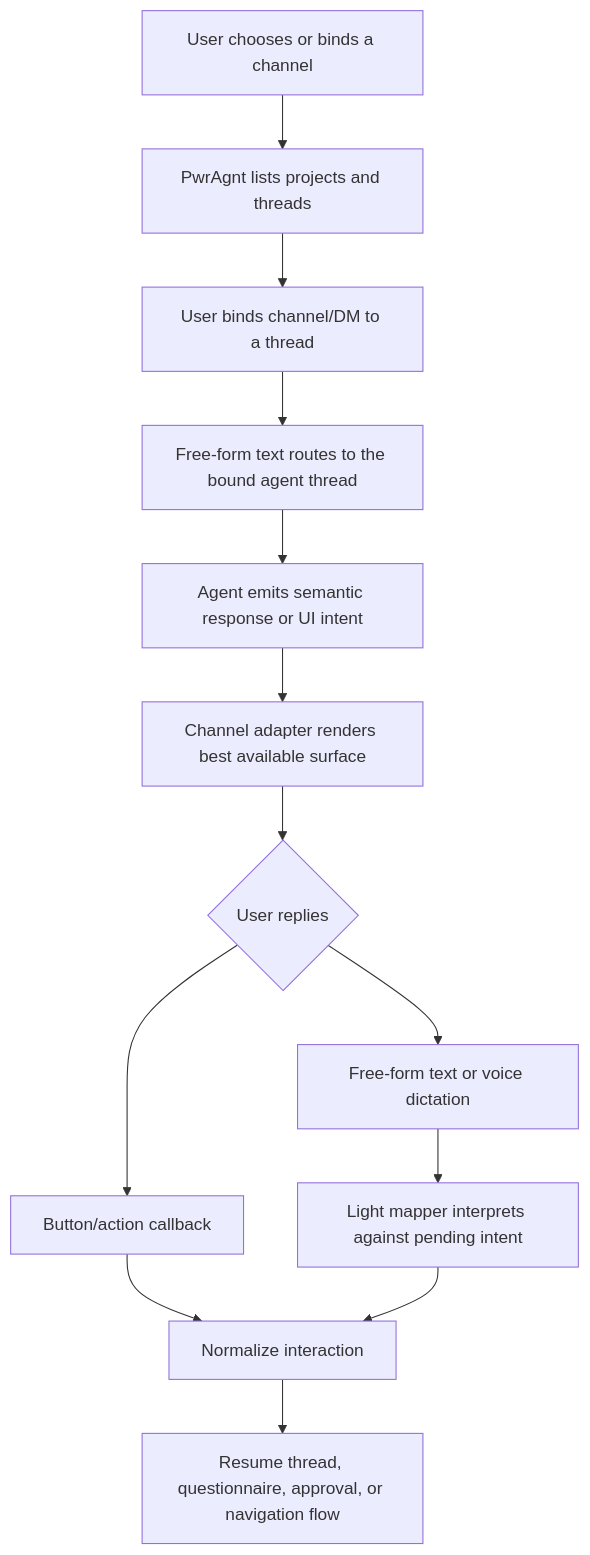
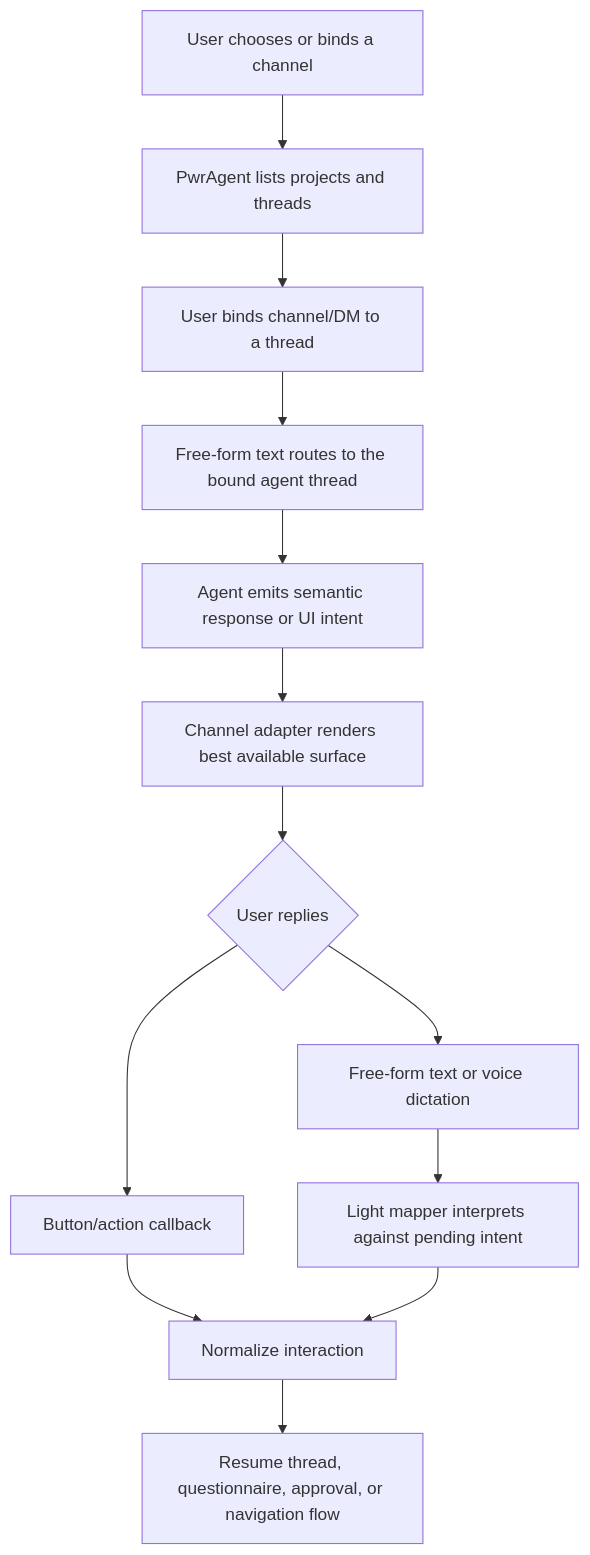
One commit to pwrdrvr/PwrAgent changed the diagram in docs/brainstorms/2026-04-30-messaging-platform-integration-requirements.md. Above: the diagram before and after it, drawn with Mermaid. The commit also changed other lines of this file and 346 other files, not shown here.

First line of the commit message:
feat(desktop): rebrand PwrAgnt to PwrAgent (#161)

````diff
--- a/docs/brainstorms/2026-04-30-messaging-platform-integration-requirements.md
+++ b/docs/brainstorms/2026-04-30-messaging-platform-integration-requirements.md
@@ -14,15 +14,15 @@
 ```mermaid
 flowchart TB
-  A["User chooses or binds a channel"] --> B["PwrAgnt lists projects and threads"]
+  A["User chooses or binds a channel"] --> B["PwrAgent lists projects and threads"]
   B --> C["User binds channel/DM to a thread"]
   C --> D["Free-form text routes to the bound agent thread"]
   D --> E["Agent emits semantic response or UI intent"]
   E --> F["Channel adapter renders best available surface"]
   F --> G{"User replies"}
   G --> H["Button/action callback"]
   G --> I["Free-form text or voice dictation"]
   H --> J["Normalize interaction"]
   I --> K["Light mapper interprets against pending intent"]
   K --> J
   J --> L["Resume thread, questionnaire, approval, or navigation flow"]
 ```
````
